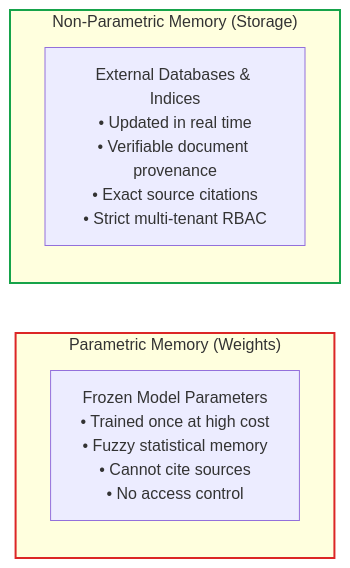
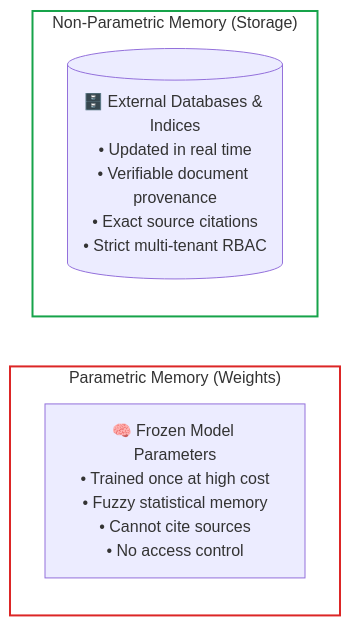
Before and after one commit to dip4k/senior-engineer-to-ai-engineer-roadmap: the first of 3 diagrams in 02-rag-and-knowledge-systems/00-rag-fundamentals-and-retrieval-architectures.md, drawn with Mermaid. The commit also changed other lines of this file and 39 other files, not shown here.

First line of the commit message:
feat(curriculum): upgrade mermaid diagrams with unicode icons & codify anti-bloat layout rules

````diff
--- a/02-rag-and-knowledge-systems/00-rag-fundamentals-and-retrieval-architectures.md
+++ b/02-rag-and-knowledge-systems/00-rag-fundamentals-and-retrieval-architectures.md
@@ -51,13 +51,13 @@
 ```mermaid
 flowchart LR
     subgraph Parametric["Parametric Memory (Weights)"]
-        W["Frozen Model Parameters<br>• Trained once at high cost<br>• Fuzzy statistical memory<br>• Cannot cite sources<br>• No access control"]
+        W["🧠 Frozen Model Parameters<br>• Trained once at high cost<br>• Fuzzy statistical memory<br>• Cannot cite sources<br>• No access control"]
     end
 
     subgraph NonParametric["Non-Parametric Memory (Storage)"]
-        D["External Databases & Indices<br>• Updated in real time<br>• Verifiable document provenance<br>• Exact source citations<br>• Strict multi-tenant RBAC"]
+        D[("🗄️ External Databases & Indices<br>• Updated in real time<br>• Verifiable document provenance<br>• Exact source citations<br>• Strict multi-tenant RBAC")]
     end
 
-    style Parametric stroke:#dc2626,stroke-width:2px
-    style NonParametric stroke:#16a34a,stroke-width:2px
+    style Parametric fill:none,stroke:#dc2626,stroke-width:2px
+    style NonParametric fill:none,stroke:#16a34a,stroke-width:2px
 ```
````
